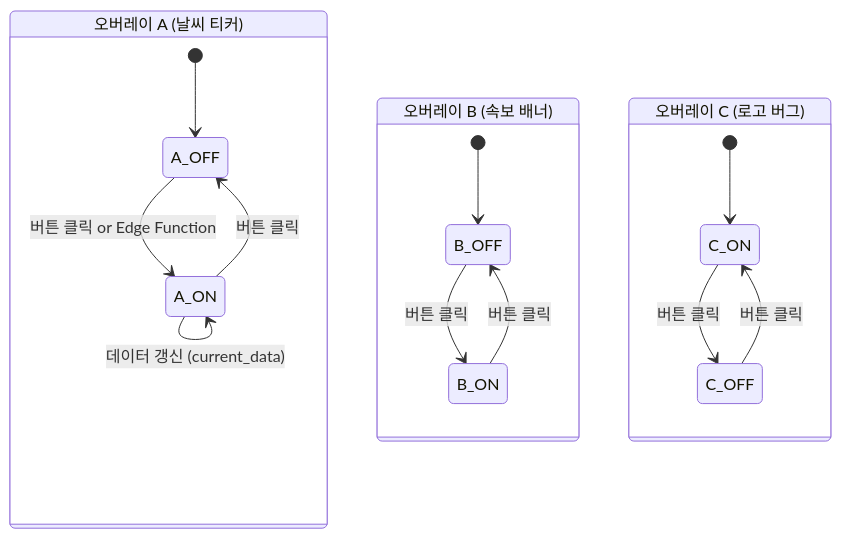
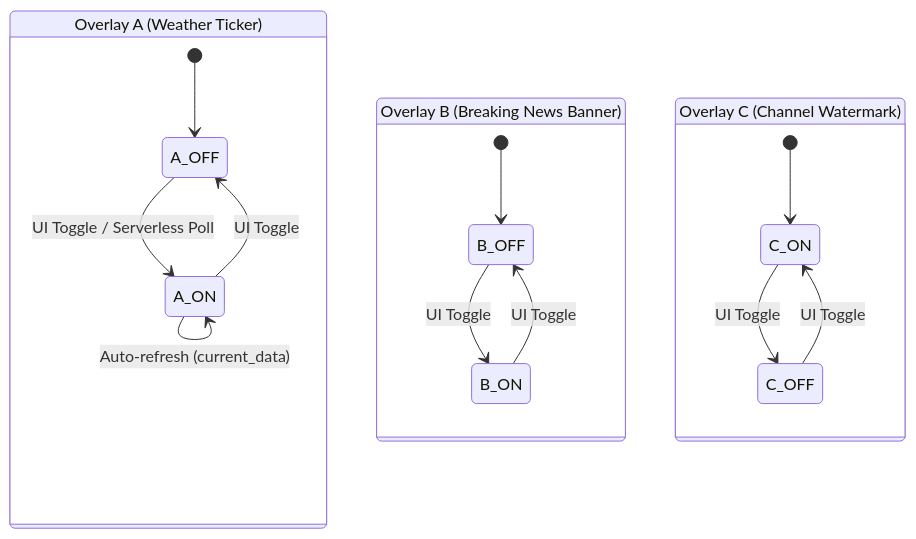
The second of 2 diagrams in webcg-k/docs/guide/REALTIME_SYNC_ARCHITECTURE.md (gkisanet/webcg-k), drawn with Mermaid before and after one commit. The commit also changed other lines of this file and 39 other files, not shown here.

````diff
--- a/webcg-k/docs/guide/REALTIME_SYNC_ARCHITECTURE.md
+++ b/webcg-k/docs/guide/REALTIME_SYNC_ARCHITECTURE.md
@@ -101,23 +101,23 @@
 ```mermaid
 stateDiagram-v2
     direction TB
     
-    state "오버레이 A (날씨 티커)" as A {
+    state "Overlay A (Weather Ticker)" as A {
         [*] --> A_OFF
-        A_OFF --> A_ON: 버튼 클릭 or Edge Function
-        A_ON --> A_OFF: 버튼 클릭
-        A_ON --> A_ON: 데이터 갱신 (current_data)
+        A_OFF --> A_ON: UI Toggle / Serverless Poll
+        A_ON --> A_OFF: UI Toggle
+        A_ON --> A_ON: Auto-refresh (current_data)
     }
     
-    state "오버레이 B (속보 배너)" as B {
+    state "Overlay B (Breaking News Banner)" as B {
         [*] --> B_OFF
-        B_OFF --> B_ON: 버튼 클릭
-        B_ON --> B_OFF: 버튼 클릭
+        B_OFF --> B_ON: UI Toggle
+        B_ON --> B_OFF: UI Toggle
     }
     
-    state "오버레이 C (로고 버그)" as C {
+    state "Overlay C (Channel Watermark)" as C {
         [*] --> C_ON
-        C_ON --> C_OFF: 버튼 클릭
-        C_OFF --> C_ON: 버튼 클릭
+        C_ON --> C_OFF: UI Toggle
+        C_OFF --> C_ON: UI Toggle
     }
 ```
````
